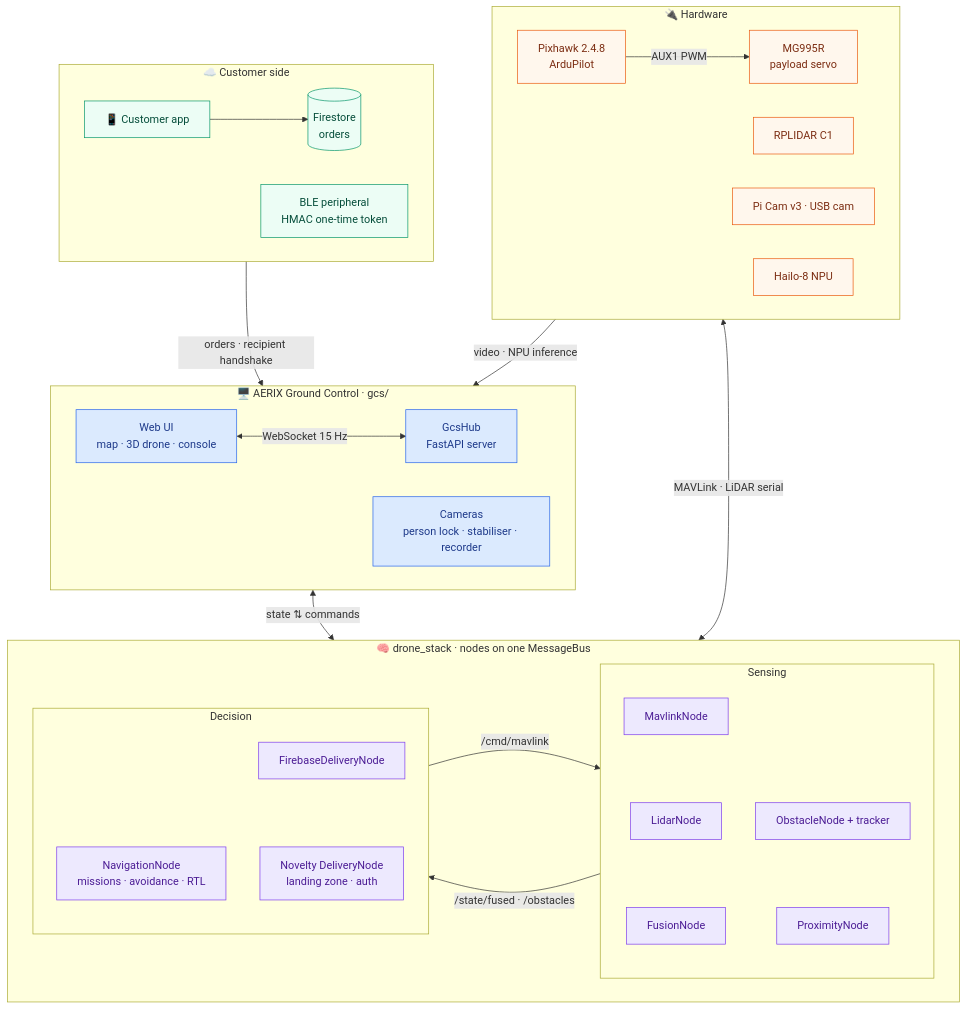
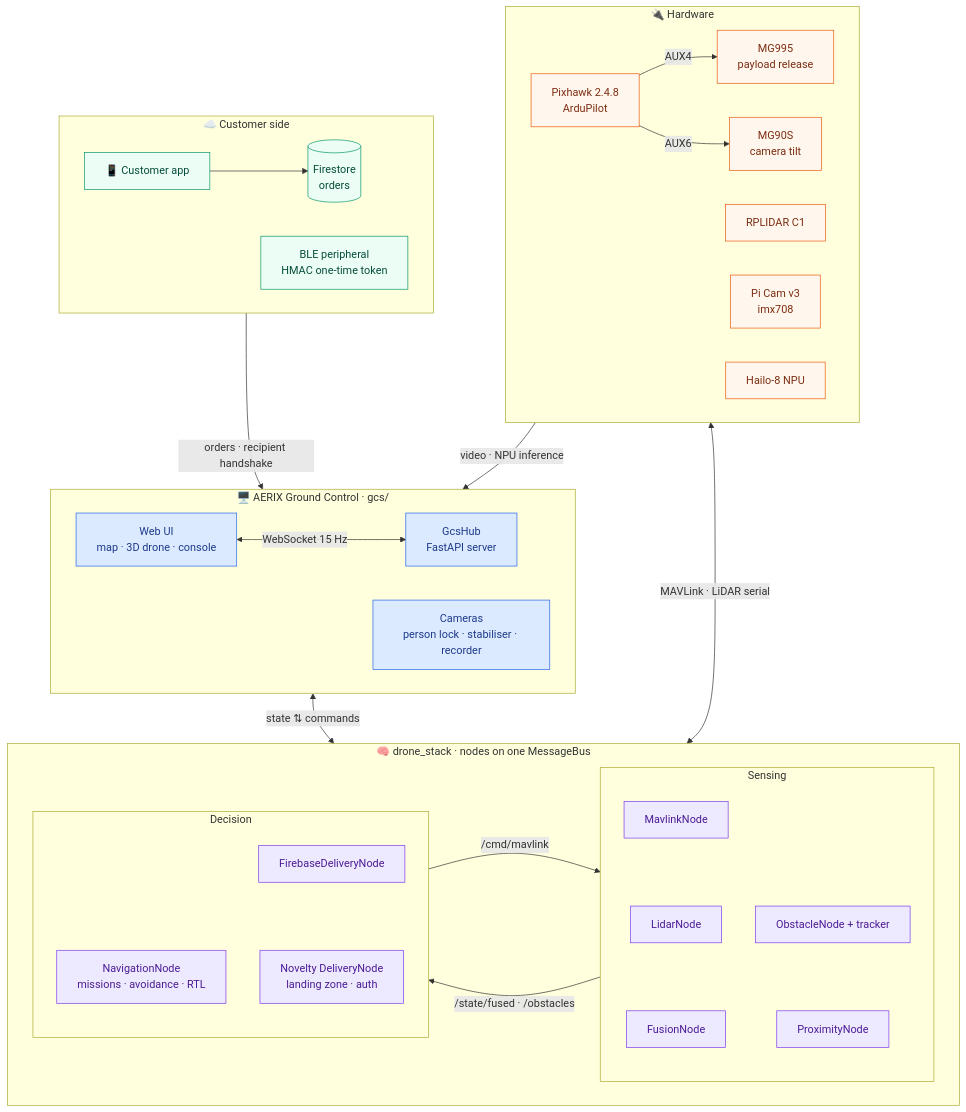
One commit to GVishwasReddy/AERIX-Capestone-Team-21- changed the first of 3 diagrams in README.md. Above: the diagram before and after it, drawn with Mermaid. The commit also changed other lines of this file and 4 other files, not shown here.

````diff
--- a/README.md
+++ b/README.md
@@ -56,52 +57,53 @@
 ```mermaid
 flowchart TB
     subgraph EXT["☁️ Customer side"]
         direction LR
         APP["📱 Customer app"] --> FB[("Firestore<br/>orders")]
         BLE["BLE peripheral<br/>HMAC one-time token"]
     end
 
     subgraph GCS["🖥️ AERIX Ground Control · gcs/"]
         direction LR
         UI["Web UI<br/>map · 3D drone · console"] <-->|"WebSocket 15 Hz"| HUB["GcsHub<br/>FastAPI server"]
         CAMS["Cameras<br/>person lock · stabiliser · recorder"]
     end
 
     subgraph STACK["🧠 drone_stack · nodes on one MessageBus"]
         direction LR
         subgraph SENSE["Sensing"]
             direction TB
             MAV["MavlinkNode"] ~~~ LID["LidarNode"] ~~~ FUS["FusionNode"]
             OBS["ObstacleNode + tracker"] ~~~ PROX["ProximityNode"]
         end
         subgraph DECIDE["Decision"]
             direction TB
             NAV["NavigationNode<br/>missions · avoidance · RTL"]
             DEL["FirebaseDeliveryNode"] ~~~ NOV["Novelty DeliveryNode<br/>landing zone · auth"]
         end
         SENSE -->|"/state/fused · /obstacles"| DECIDE
         DECIDE -->|"/cmd/mavlink"| SENSE
     end
 
     subgraph HW["🔌 Hardware"]
         direction LR
-        PX["Pixhawk 2.4.8<br/>ArduPilot"] -->|"AUX1 PWM"| SERVO["MG995R<br/>payload servo"]
+        PX["Pixhawk 2.4.8<br/>ArduPilot"] -->|"AUX4"| SERVO["MG995<br/>payload release"]
+        PX -->|"AUX6"| TILT["MG90S<br/>camera tilt"]
         LI["RPLIDAR C1"]
-        CAM["Pi Cam v3 · USB cam"]
+        CAM["Pi Cam v3<br/>imx708"]
         NPU["Hailo-8 NPU"]
     end
 
     EXT -->|"orders · recipient handshake"| GCS
     GCS <-->|"state ⇅ commands"| STACK
     STACK <-->|"MAVLink · LiDAR serial"| HW
     HW -->|"video · NPU inference"| GCS
 
     classDef hw fill:#fff7ed,stroke:#ea580c,color:#7c2d12
     classDef st fill:#ede9fe,stroke:#7c3aed,color:#4c1d95
     classDef gc fill:#dbeafe,stroke:#2563eb,color:#1e3a8a
     classDef ex fill:#ecfdf5,stroke:#059669,color:#064e3b
-    class PX,SERVO,LI,CAM,NPU hw
+    class PX,SERVO,TILT,LI,CAM,NPU hw
     class MAV,LID,FUS,OBS,PROX,NAV,DEL,NOV st
     class CAMS,HUB,UI gc
     class APP,FB,BLE ex
 ```
````
